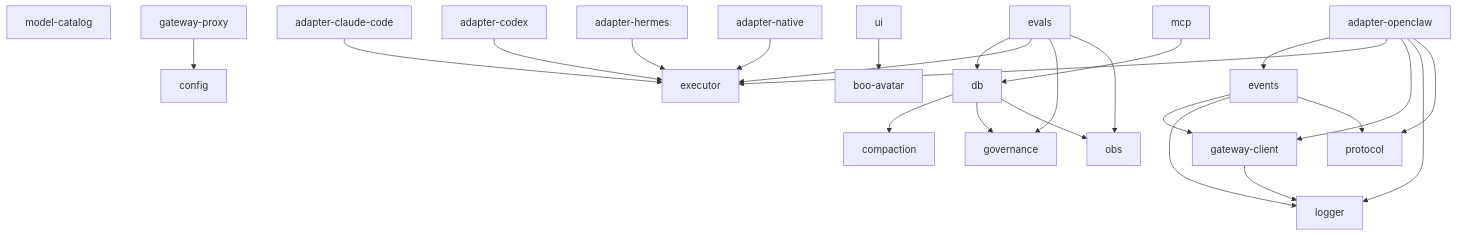
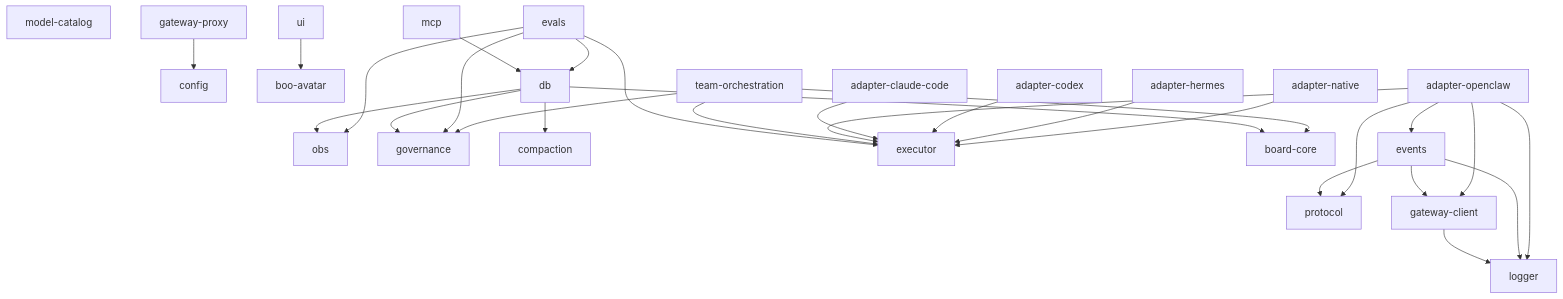
The diagram in docs/reference/packages/index.md (clawboo/clawboo), drawn with Mermaid before and after one commit. The commit also changed other lines of this file and 32 other files, not shown here.

````diff
--- a/docs/reference/packages/index.md
+++ b/docs/reference/packages/index.md
@@ -51,37 +52,42 @@
 ```mermaid
 graph TD
   logger[logger]
   protocol[protocol]
   config[config]
   obs[obs]
   governance[governance]
   compaction[compaction]
   executor[executor]
   model-catalog[model-catalog]
   boo-avatar[boo-avatar]
+  board-core[board-core]
 
   gateway-client[gateway-client] --> logger
   events[events] --> gateway-client
   events --> logger
   events --> protocol
   gateway-proxy[gateway-proxy] --> config
-  db[db] --> compaction
+  db[db] --> board-core
+  db --> compaction
   db --> governance
   db --> obs
   mcp[mcp] --> db
   evals[evals] --> db
   evals --> executor
   evals --> governance
   evals --> obs
+  team-orchestration[team-orchestration] --> board-core
+  team-orchestration --> executor
+  team-orchestration --> governance
   ui[ui] --> boo-avatar
 
   adapter-openclaw[adapter-openclaw] --> events
   adapter-openclaw --> executor
   adapter-openclaw --> gateway-client
   adapter-openclaw --> logger
   adapter-openclaw --> protocol
   adapter-claude-code[adapter-claude-code] --> executor
   adapter-codex[adapter-codex] --> executor
   adapter-hermes[adapter-hermes] --> executor
   adapter-native[adapter-native] --> executor
 ```
````
